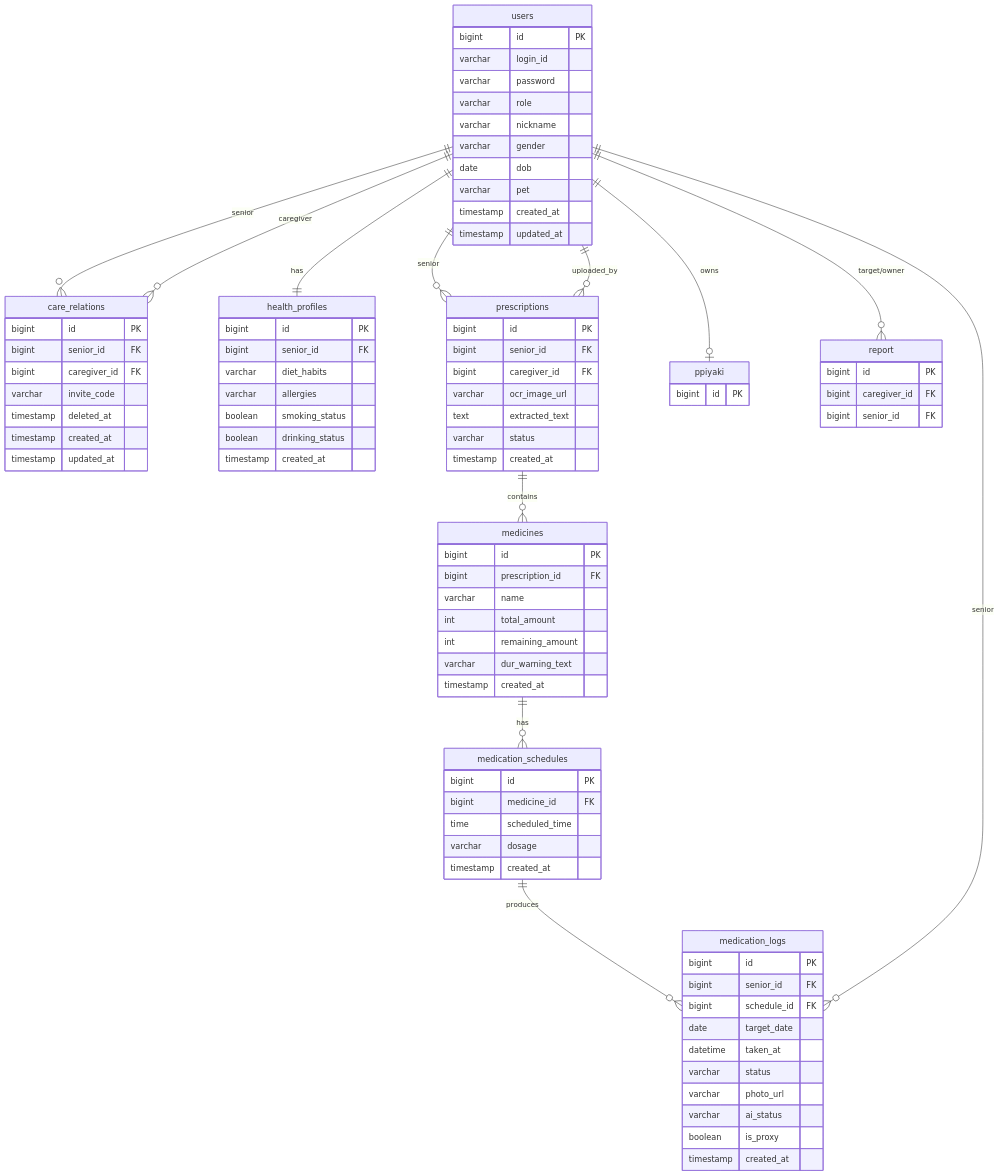
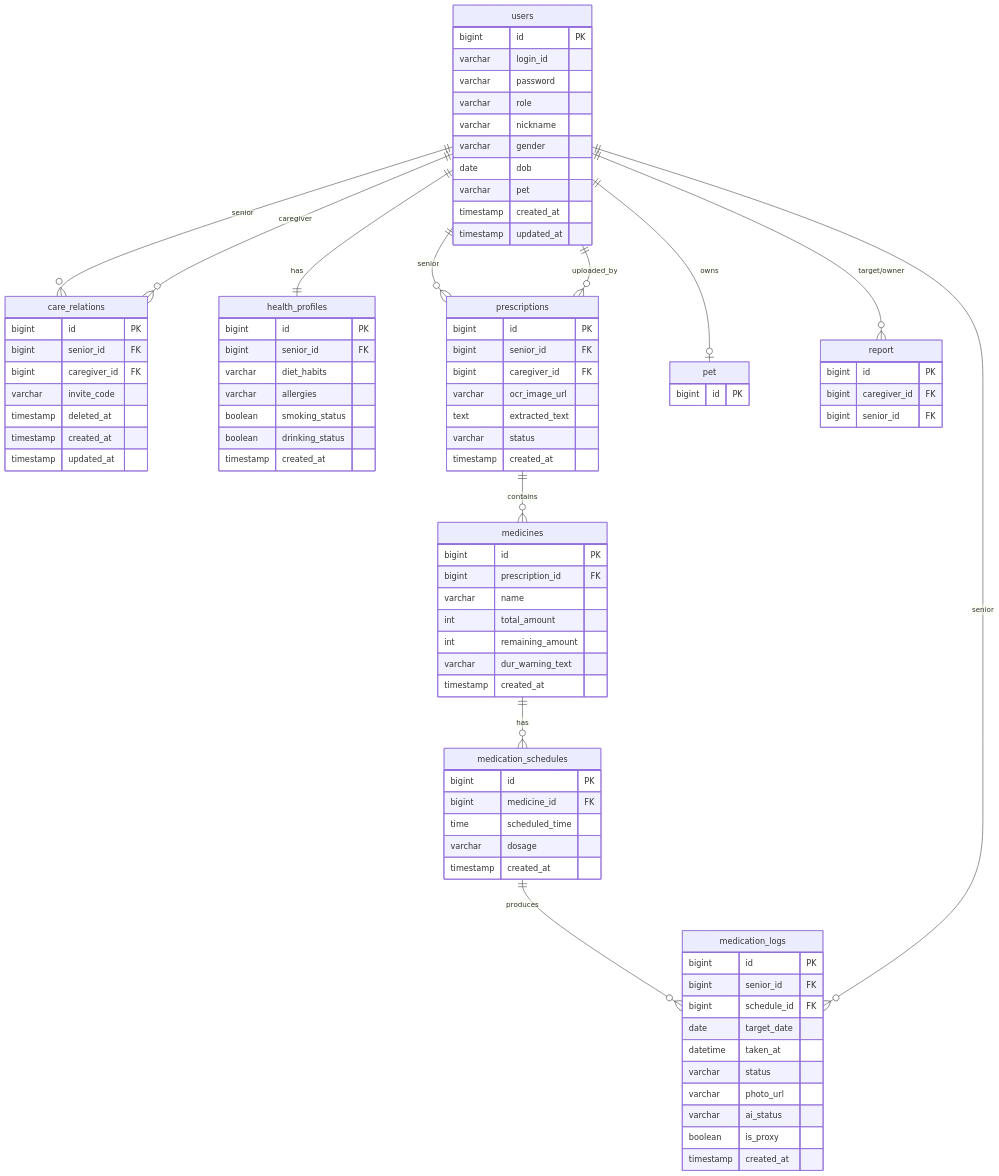
One commit to ppiyaki/ppiyaki-backend changed the diagram in docs/ai-harness/06-domain-model.md. Above: the diagram before and after it, drawn with Mermaid. The commit also changed other lines of this file, not shown here.

First line of the commit message:
docs(infra): ppiyaki 테이블 → pet으로 rename 반영

```diff
--- a/docs/ai-harness/06-domain-model.md
+++ b/docs/ai-harness/06-domain-model.md
@@ -201,7 +201,7 @@
     medicines ||--o{ medication_schedules : "has"
     medication_schedules ||--o{ medication_logs : "produces"
     users ||--o{ medication_logs : "senior"
-    users ||--o| ppiyaki : "owns"
+    users ||--o| pet : "owns"
     users ||--o{ report : "target/owner"
 
     users {
@@ -271,7 +271,7 @@
         boolean is_proxy
         timestamp created_at
     }
-    ppiyaki {
+    pet {
         bigint id PK
     }
     report {
```
